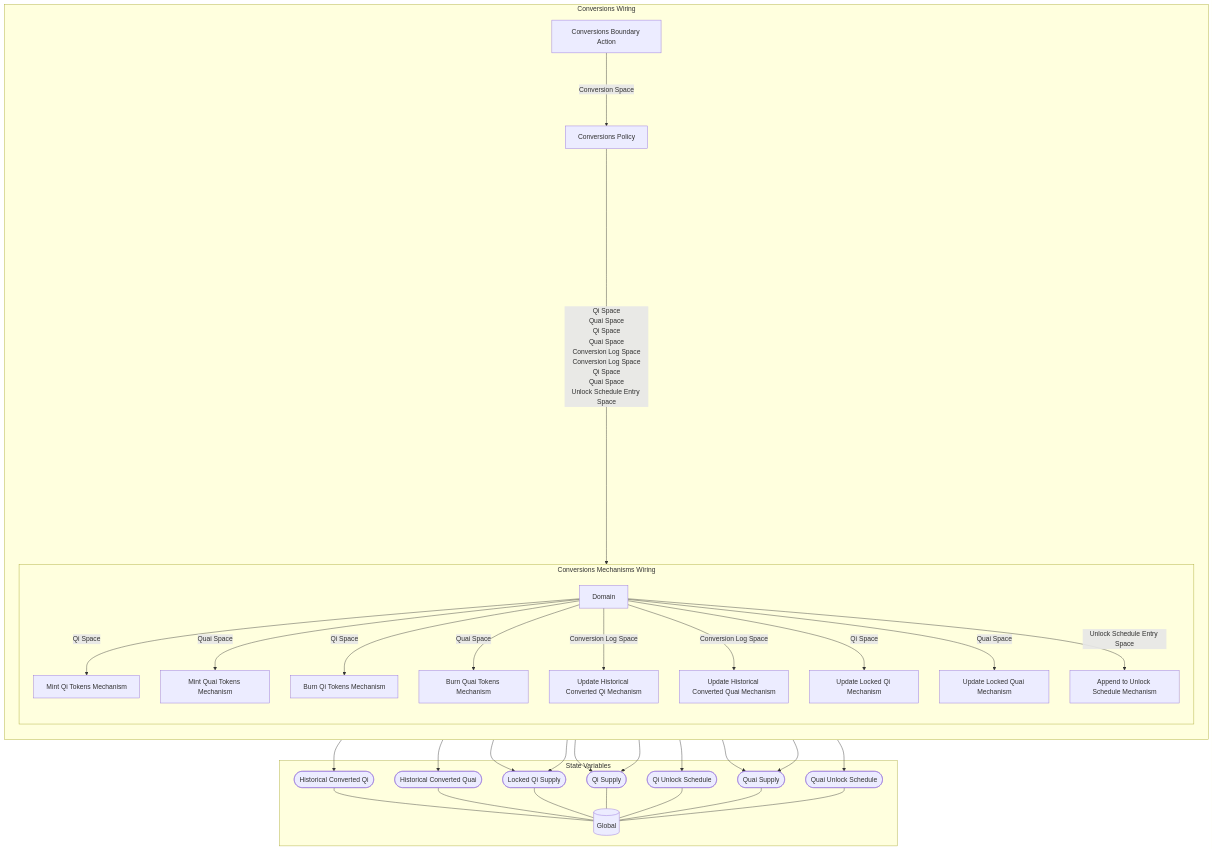
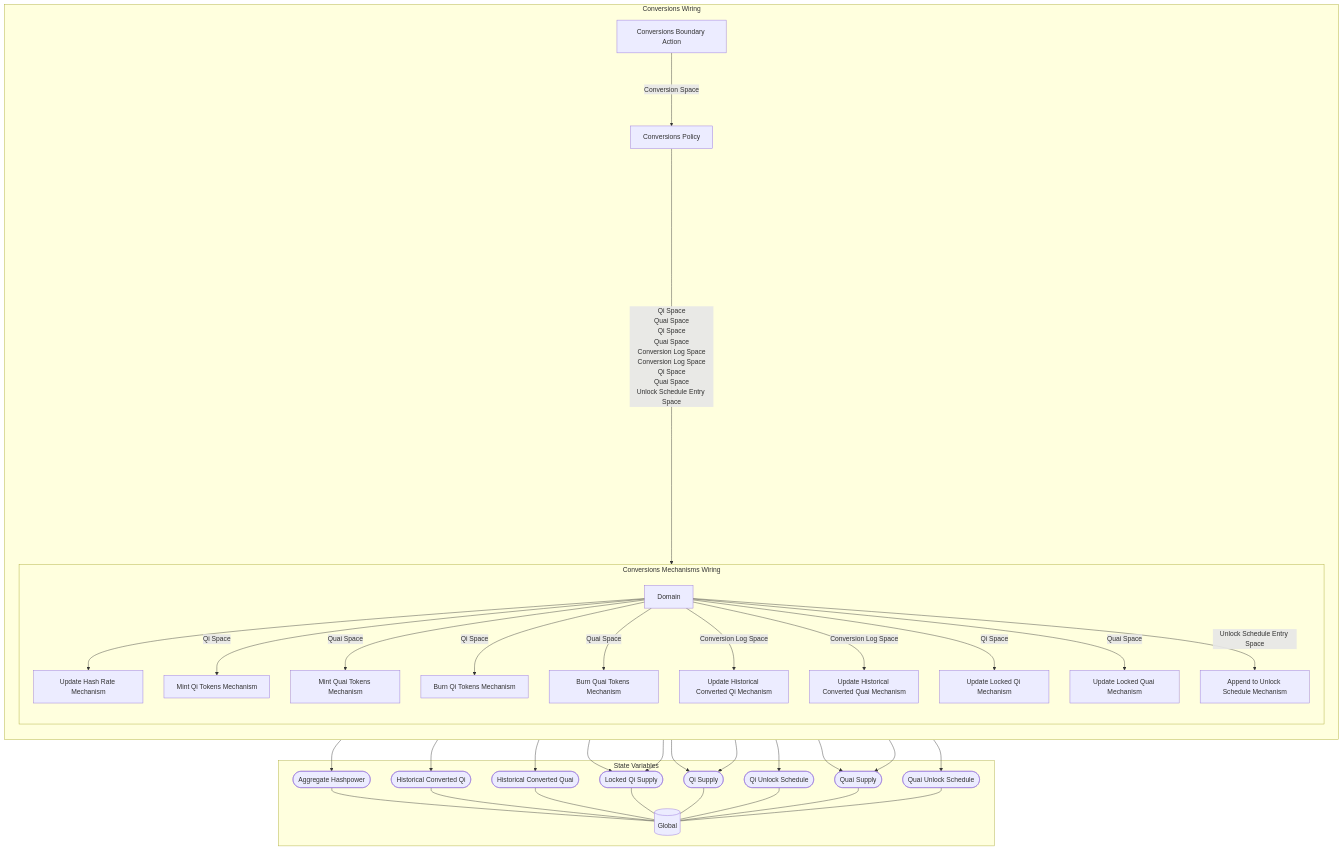
The diagram in Spec/obsidian/Wiring/Conversions Wiring.md (dominant-strategies/Quai-Macro-Model), drawn with Mermaid before and after one commit. The commit also changed other lines of this file and 20 other files, not shown here.

Commit message:
Added a update hash power mechanism using the ratio of miners not mining

````diff
--- a/Spec/obsidian/Wiring/Conversions Wiring.md
+++ b/Spec/obsidian/Wiring/Conversions Wiring.md
@@ -3,72 +3,77 @@
 ```mermaid
 graph TB
 
 subgraph SVS["State Variables"]
 EE0[("Global")]
-EES0(["Historical Converted Qi"])
+EES0(["Aggregate Hashpower"])
 EES0 --- EE0
-EES1(["Historical Converted Quai"])
+EES1(["Historical Converted Qi"])
 EES1 --- EE0
-EES2(["Locked Qi Supply"])
+EES2(["Historical Converted Quai"])
 EES2 --- EE0
-EES3(["Qi Supply"])
+EES3(["Locked Qi Supply"])
 EES3 --- EE0
-EES4(["Qi Unlock Schedule"])
+EES4(["Qi Supply"])
 EES4 --- EE0
-EES5(["Quai Supply"])
+EES5(["Qi Unlock Schedule"])
 EES5 --- EE0
-EES6(["Quai Unlock Schedule"])
+EES6(["Quai Supply"])
 EES6 --- EE0
+EES7(["Quai Unlock Schedule"])
+EES7 --- EE0
 end
 
-subgraph X15["Conversions Wiring"]
+subgraph X16["Conversions Wiring"]
 direction TB
 X1["Conversions Boundary Action"]
 X2["Conversions Policy"]
-subgraph X14["Conversions Mechanisms Wiring"]
+subgraph X15["Conversions Mechanisms Wiring"]
 direction TB
-X3["Mint Qi Tokens Mechanism"]
-X3 --> EES3
-X4["Mint Quai Tokens Mechanism"]
-X4 --> EES5
-X5["Burn Qi Tokens Mechanism"]
-X5 --> EES3
-X6["Burn Quai Tokens Mechanism"]
-X6 --> EES5
-X7["Update Historical Converted Qi Mechanism"]
-X7 --> EES0
-X8["Update Historical Converted Quai Mechanism"]
+X3["Update Hash Rate Mechanism"]
+X3 --> EES0
+X4["Mint Qi Tokens Mechanism"]
+X4 --> EES4
+X5["Mint Quai Tokens Mechanism"]
+X5 --> EES6
+X6["Burn Qi Tokens Mechanism"]
+X6 --> EES4
+X7["Burn Quai Tokens Mechanism"]
+X7 --> EES6
+X8["Update Historical Converted Qi Mechanism"]
 X8 --> EES1
-X9["Update Locked Qi Mechanism"]
+X9["Update Historical Converted Quai Mechanism"]
 X9 --> EES2
-X10["Update Locked Quai Mechanism"]
-X10 --> EES2
-X11["Append to Unlock Schedule Mechanism"]
-X11 --> EES6
-X11 --> EES4
-X12[Domain]
+X10["Update Locked Qi Mechanism"]
+X10 --> EES3
+X11["Update Locked Quai Mechanism"]
+X11 --> EES3
+X12["Append to Unlock Schedule Mechanism"]
+X12 --> EES7
+X12 --> EES5
+X13[Domain]
 
 direction LR
 direction TB
-X12 --"Qi Space"--> X3
-X12 --"Quai Space"--> X4
-X12 --"Qi Space"--> X5
-X12 --"Quai Space"--> X6
-X12 --"Conversion Log Space"--> X7
-X12 --"Conversion Log Space"--> X8
-X12 --"Qi Space"--> X9
-X12 --"Quai Space"--> X10
-X12 --"Unlock Schedule Entry Space"--> X11
+X13 --> X3
+X13 --"Qi Space"--> X4
+X13 --"Quai Space"--> X5
+X13 --"Qi Space"--> X6
+X13 --"Quai Space"--> X7
+X13 --"Conversion Log Space"--> X8
+X13 --"Conversion Log Space"--> X9
+X13 --"Qi Space"--> X10
+X13 --"Quai Space"--> X11
+X13 --"Unlock Schedule Entry Space"--> X12
 end
 X1--"Conversion Space"--->X2
 X2--"Qi Space
 Quai Space
 Qi Space
 Quai Space
 Conversion Log Space
 Conversion Log Space
 Qi Space
 Quai Space
-Unlock Schedule Entry Space"----------->X14
+Unlock Schedule Entry Space"----------->X15
 end
 ```
````
